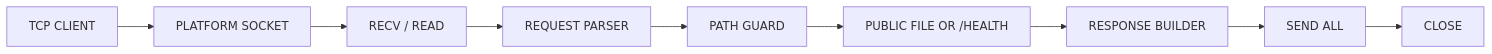
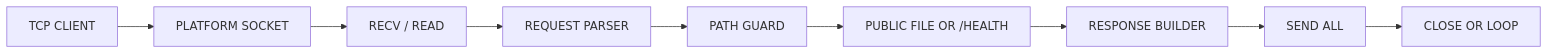
Before and after one commit to Deadbytes101/DEADWIRE-HTTPD: the diagram in README.md, drawn with Mermaid. The commit also changed other lines of this file, not shown here.

````diff
--- a/README.md
+++ b/README.md
@@ -42,11 +44,11 @@
 ```mermaid
 flowchart LR
     A[TCP CLIENT] --> B[PLATFORM SOCKET]
     B --> C[RECV / READ]
     C --> D[REQUEST PARSER]
     D --> E[PATH GUARD]
     E --> F[PUBLIC FILE OR /HEALTH]
     F --> G[RESPONSE BUILDER]
     G --> H[SEND ALL]
-    H --> I[CLOSE]
+    H --> I[CLOSE OR LOOP]
 ```
````
